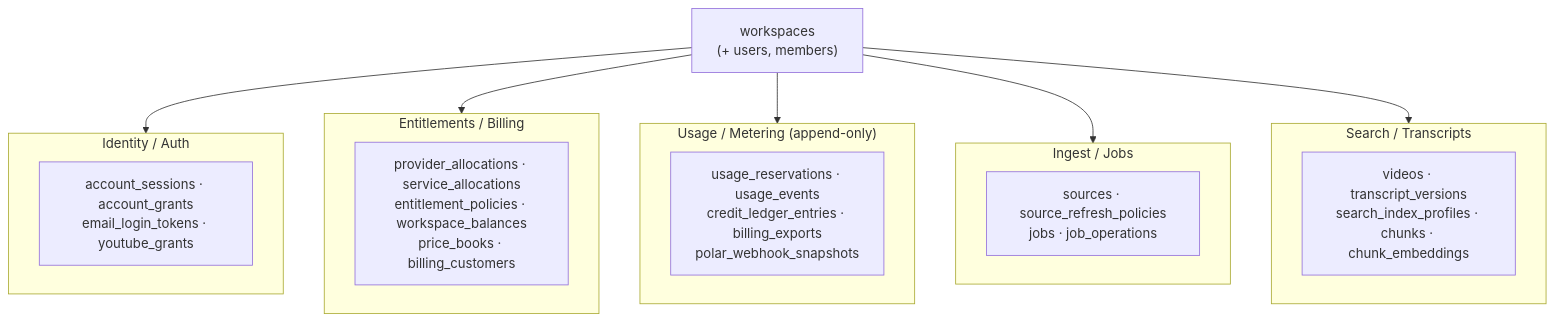
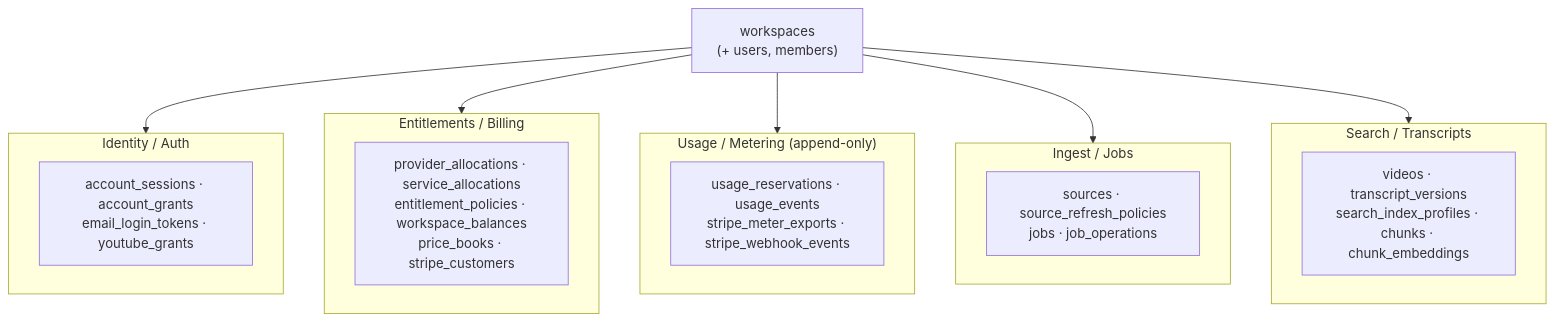
Before and after one commit to MaskyS/yutome: the first of 14 diagrams in docs/architecture/hosted.md, drawn with Mermaid. The commit also changed other lines of this file and 15 other files, not shown here.

First line of the commit message:
Replace Polar billing with Stripe metered (usage-based) billing

````diff
--- a/docs/architecture/hosted.md
+++ b/docs/architecture/hosted.md
@@ -34,20 +34,20 @@
 ```mermaid
 flowchart TB
     ws["workspaces<br/>(+ users, members)"]
     subgraph A["Identity / Auth"]
         a1["account_sessions · account_grants<br/>email_login_tokens · youtube_grants"]
     end
     subgraph B["Entitlements / Billing"]
-        b1["provider_allocations · service_allocations<br/>entitlement_policies · workspace_balances<br/>price_books · billing_customers"]
+        b1["provider_allocations · service_allocations<br/>entitlement_policies · workspace_balances<br/>price_books · stripe_customers"]
     end
     subgraph C["Usage / Metering (append-only)"]
-        c1["usage_reservations · usage_events<br/>credit_ledger_entries · billing_exports<br/>polar_webhook_snapshots"]
+        c1["usage_reservations · usage_events<br/>stripe_meter_exports · stripe_webhook_events"]
     end
     subgraph D["Ingest / Jobs"]
         d1["sources · source_refresh_policies<br/>jobs · job_operations"]
     end
     subgraph E["Search / Transcripts"]
         e1["videos · transcript_versions<br/>search_index_profiles · chunks · chunk_embeddings"]
     end
     ws --> A & B & C & D & E
 ```
````
